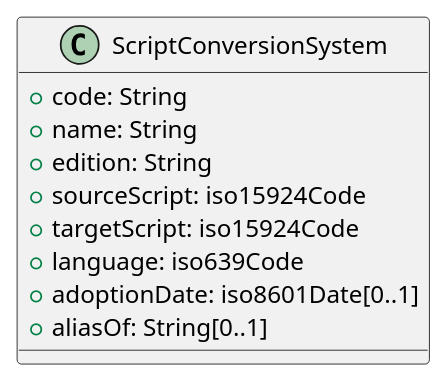
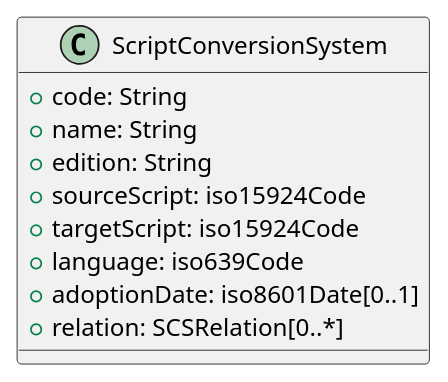
Before and after one commit to CalConnect/csd-transcription-systems: the diagram in sources/models/system.wsd, drawn with PlantUML. The commit also changed 2 other files, not shown here.

Commit message:
Add description and model for “relation”, related to #23

```diff
--- a/sources/models/system.wsd
+++ b/sources/models/system.wsd
@@ -1,14 +1,14 @@
 
 '******* CONFIGURATION ************************************************
 class ScriptConversionSystem {
   +code: String
   +name: String
   +edition: String
   +sourceScript: iso15924Code
   +targetScript: iso15924Code
   +language: iso639Code
   +adoptionDate: iso8601Date[0..1]
-  +aliasOf: String[0..1]
+  +relation: SCSRelation[0..*]
 }
 
 '******* CLASS RELATIONS **********************************************
```
